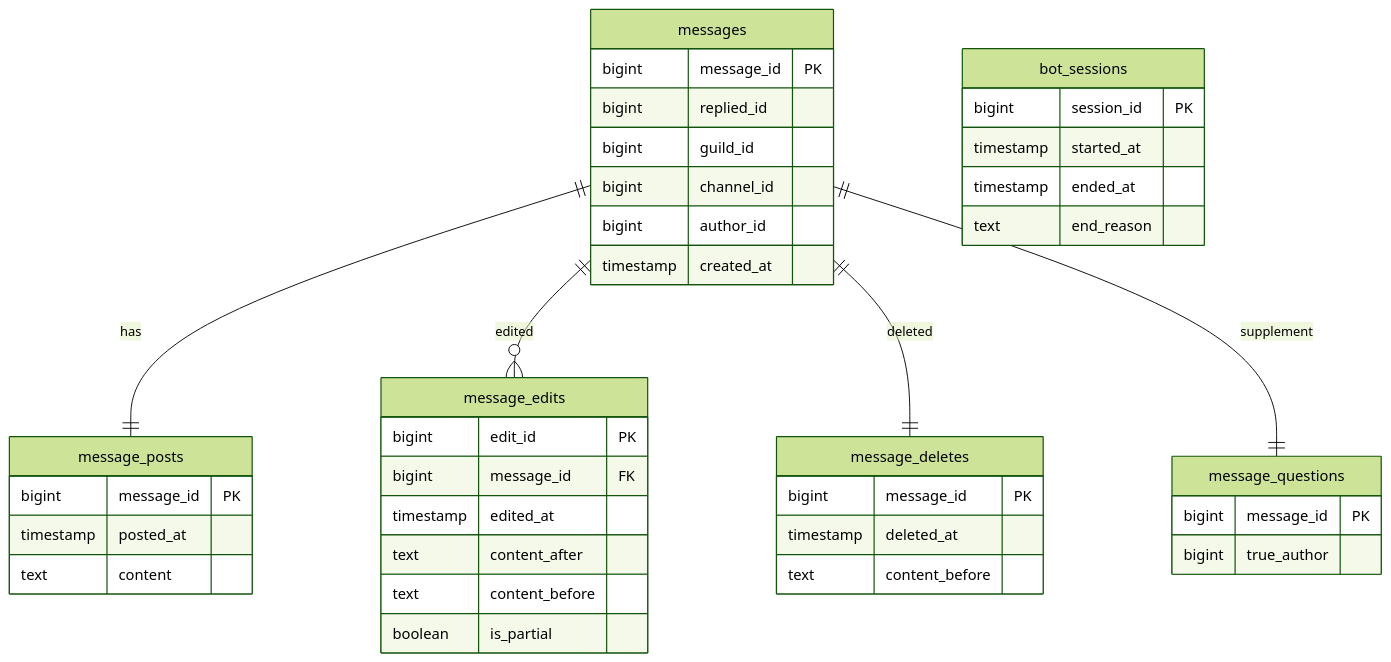
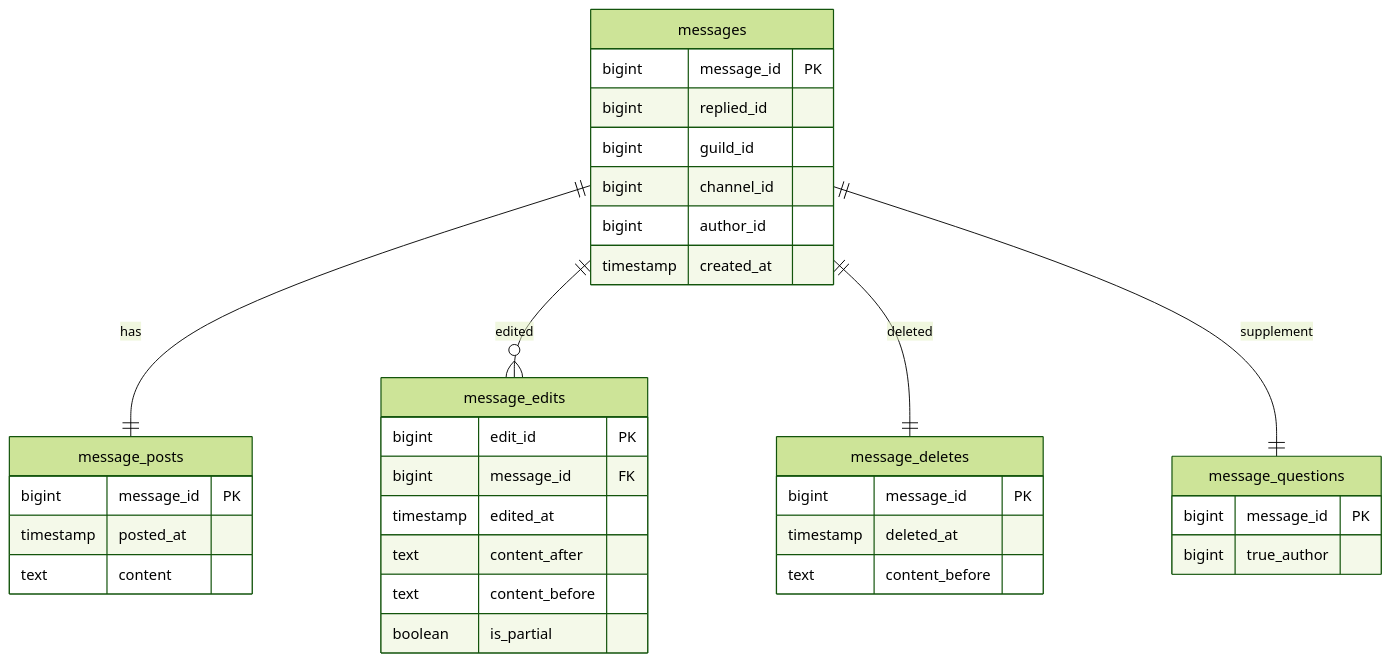
One commit to yua134/discord-bot-v changed the diagram in docs/02_DB設計書.md. Above: the diagram before and after it, drawn with Mermaid (forest theme). The commit also changed other lines of this file and 11 other files, not shown here.

````diff
--- a/docs/02_DB設計書.md
+++ b/docs/02_DB設計書.md
@@ -5,49 +5,42 @@
 ```mermaid
 erDiagram
     messages {
         bigint message_id PK
         bigint replied_id
         bigint guild_id
         bigint channel_id
         bigint author_id
         timestamp created_at
     }
 
     message_posts {
         bigint message_id PK
         timestamp posted_at
         text content
     }
 
     message_edits {
         bigint edit_id PK
         bigint message_id FK
         timestamp edited_at
         text content_after
         text content_before
         boolean is_partial
     }
 
     message_deletes {
         bigint message_id PK
         timestamp deleted_at
         text content_before
     }
 
     message_questions {
         bigint message_id PK
         bigint true_author
     }
 
-    bot_sessions {
-        bigint session_id PK
-        timestamp started_at
-        timestamp ended_at
-        text end_reason
-    }
-
     messages ||--|| message_posts : has
     messages ||--o{ message_edits : edited
     messages ||--|| message_deletes : deleted
     messages ||--|| message_questions : supplement
 ```
````
